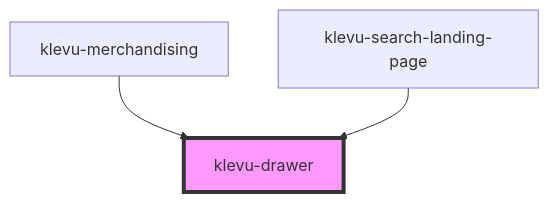
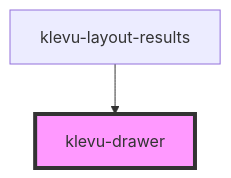
The diagram in packages/klevu-ui/src/components/klevu-drawer/readme.md (klevultd/frontend-sdk), drawn with Mermaid before and after one commit. The commit also changed other lines of this file and 28 other files, not shown here.

````diff
--- a/packages/klevu-ui/src/components/klevu-drawer/readme.md
+++ b/packages/klevu-ui/src/components/klevu-drawer/readme.md
@@ -55,6 +54,5 @@
 ```mermaid
 graph TD;
-  klevu-merchandising --> klevu-drawer
-  klevu-search-landing-page --> klevu-drawer
+  klevu-layout-results --> klevu-drawer
   style klevu-drawer fill:#f9f,stroke:#333,stroke-width:4px
 ```
````
